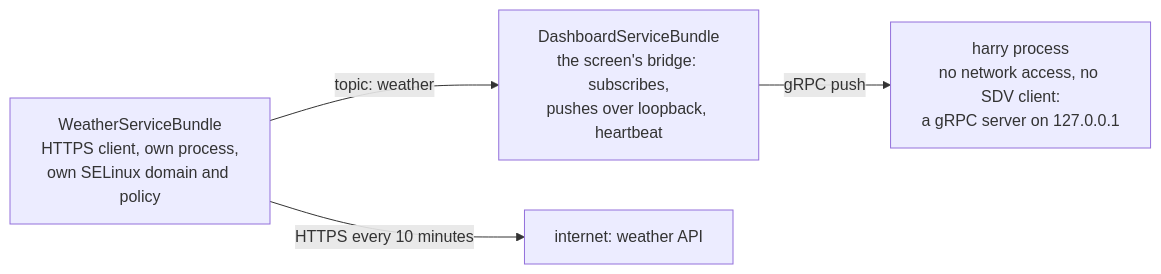
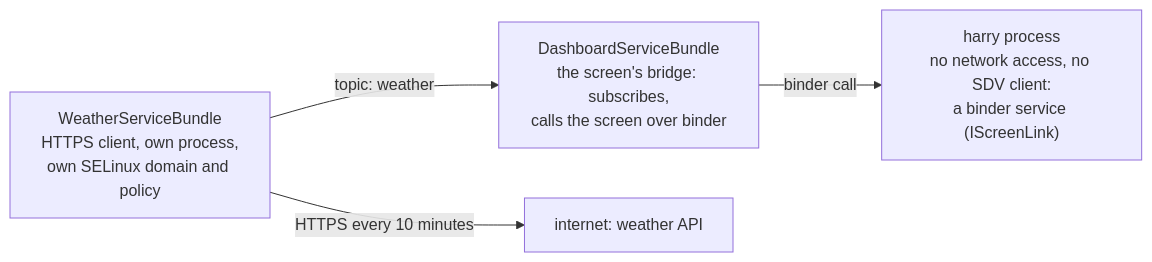
One commit to sdv-everyware/everyware changed the fourth of 5 diagrams in docs/concepts/4-communication.md. Above: the diagram before and after it, drawn with Mermaid. The commit also changed other lines of this file and 9 other files, not shown here.

Commit message:
screen link: one shared crate for the apps, old gRPC proto removed (#67)

````diff
--- a/docs/concepts/4-communication.md
+++ b/docs/concepts/4-communication.md
@@ -103,9 +103,9 @@
 ```mermaid
 flowchart LR
-    UI["harry process<br/>no network access, no SDV client:<br/>a gRPC server on 127.0.0.1"]
-    D["DashboardServiceBundle<br/>the screen's bridge: subscribes,<br/>pushes over loopback, heartbeat"]
+    UI["harry process<br/>no network access, no SDV client:<br/>a binder service (IScreenLink)"]
+    D["DashboardServiceBundle<br/>the screen's bridge: subscribes,<br/>calls the screen over binder"]
     W["WeatherServiceBundle<br/>HTTPS client, own process,<br/>own SELinux domain and policy"]
     NET["internet: weather API"]
     W -- "HTTPS every 10 minutes" --> NET
-    W -- "topic: weather" --> D -- "gRPC push" --> UI
+    W -- "topic: weather" --> D -- "binder call" --> UI
 ```
````
